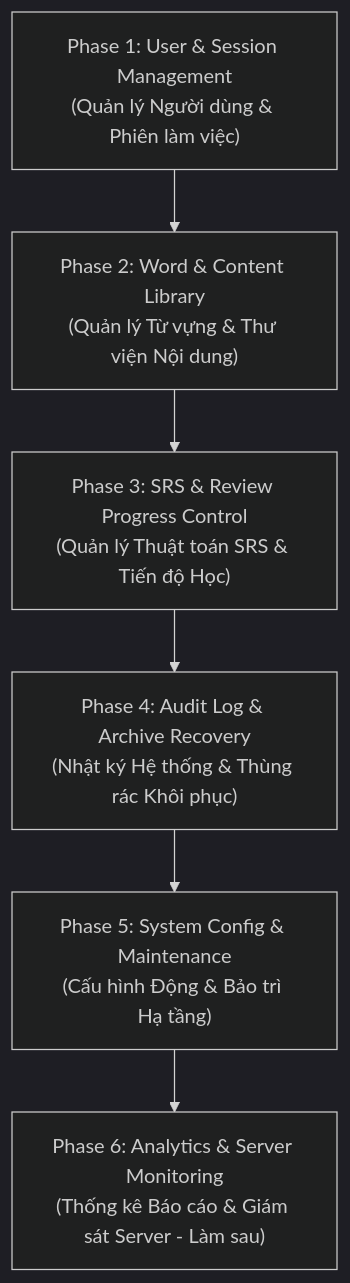
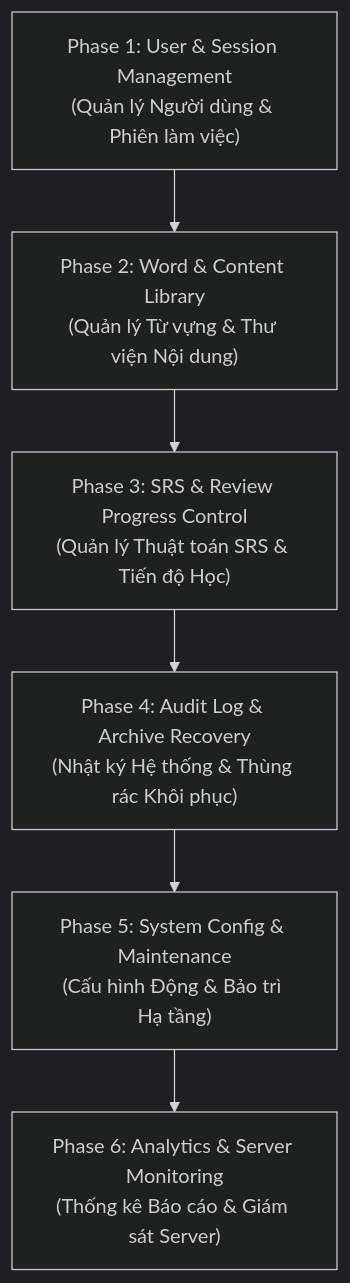
The diagram in master_feature_roadmap.md (MinhTuongLe/LexiNote), drawn with Mermaid (dark theme) before and after one commit. The commit also changed other lines of this file and 10 other files, not shown here.

````diff
--- a/master_feature_roadmap.md
+++ b/master_feature_roadmap.md
@@ -17,11 +21,11 @@
 ```mermaid
 flowchart TD
     P1["Phase 1: User & Session Management\n(Quản lý Người dùng & Phiên làm việc)"]
     P2["Phase 2: Word & Content Library\n(Quản lý Từ vựng & Thư viện Nội dung)"]
     P3["Phase 3: SRS & Review Progress Control\n(Quản lý Thuật toán SRS & Tiến độ Học)"]
     P4["Phase 4: Audit Log & Archive Recovery\n(Nhật ký Hệ thống & Thùng rác Khôi phục)"]
     P5["Phase 5: System Config & Maintenance\n(Cấu hình Động & Bảo trì Hạ tầng)"]
-    P6["Phase 6: Analytics & Server Monitoring\n(Thống kê Báo cáo & Giám sát Server - Làm sau)"]
+    P6["Phase 6: Analytics & Server Monitoring\n(Thống kê Báo cáo & Giám sát Server)"]
 
     P1 --> P2 --> P3 --> P4 --> P5 --> P6
 ```
````
